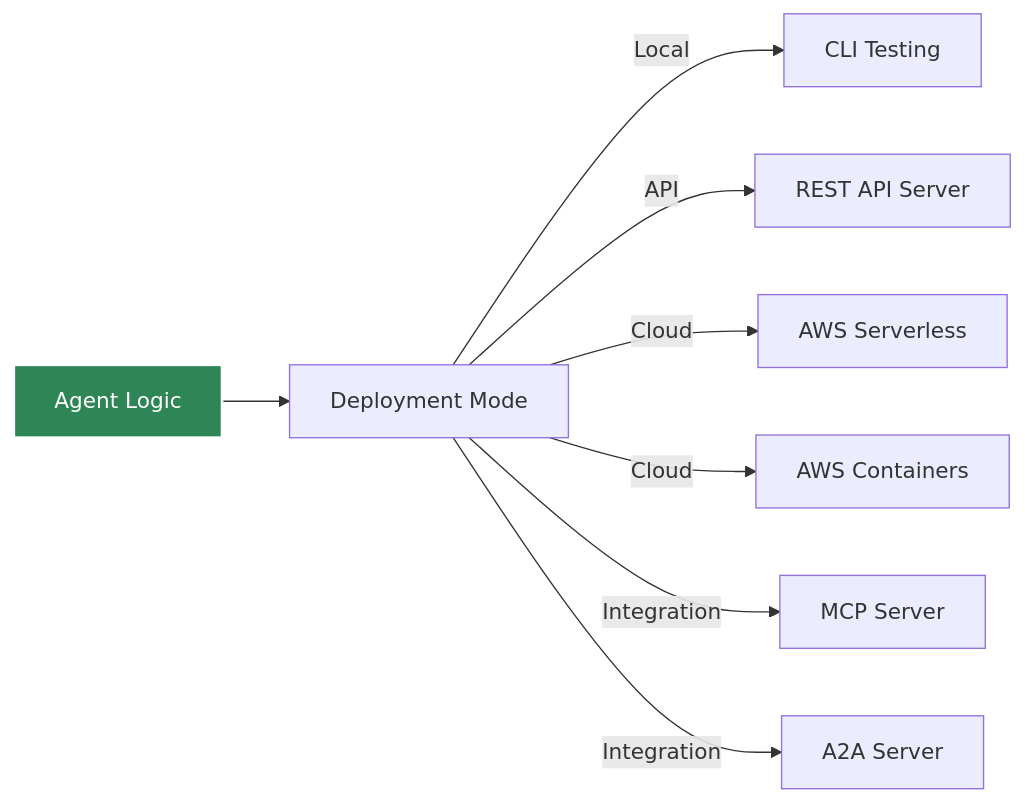
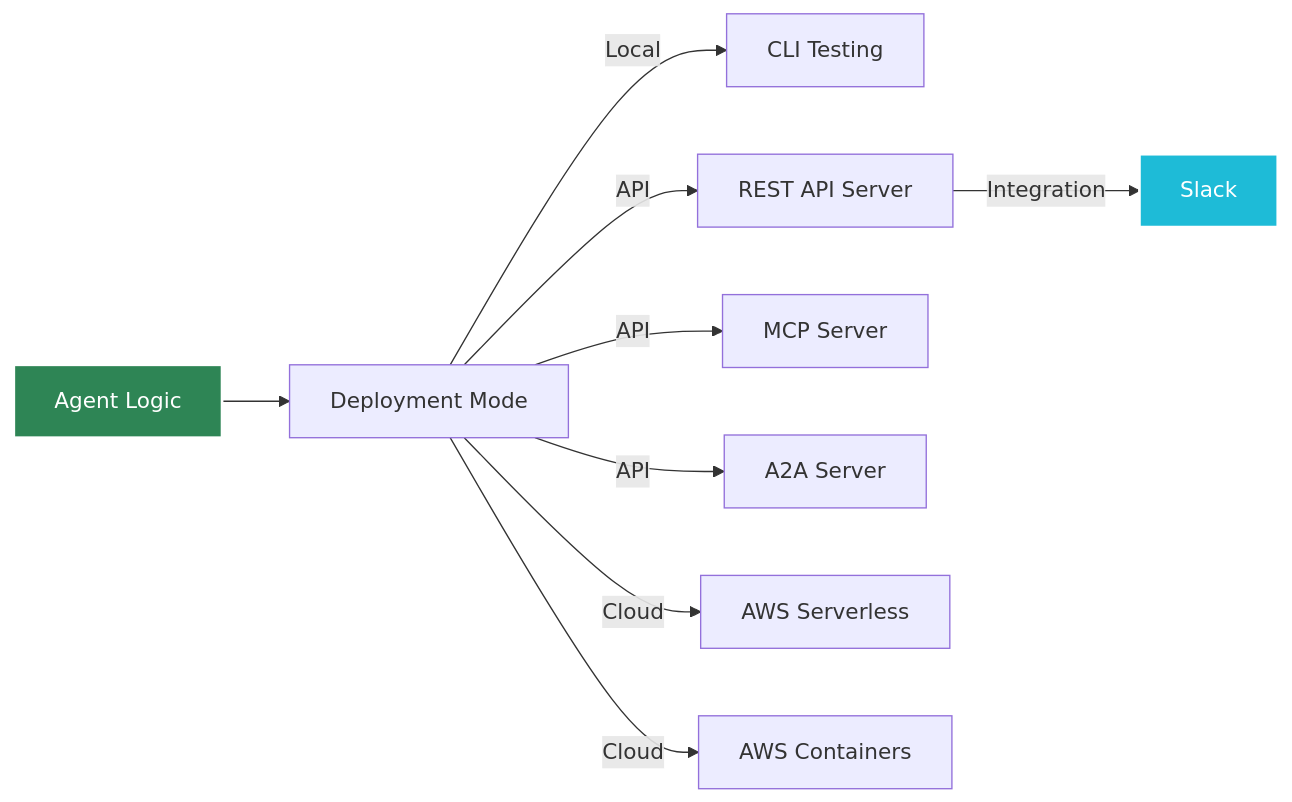
One commit to yaalalabs/agent-kernel changed the second of 2 diagrams in docs/docs/intro.md. Above: the diagram before and after it, drawn with Mermaid. The commit also changed 2 other files, not shown here.

````diff
--- a/docs/docs/intro.md
+++ b/docs/docs/intro.md
@@ -86,14 +86,16 @@
 ```mermaid
 ---
 config:
   layout: dagre
   elk: true
 ---
 flowchart LR
     A["Agent Logic"] --> B["Deployment Mode"]
     B -- Local --> C["CLI Testing"]
-    B -- API --> D["REST API Server"]
+    B -- API --> D["REST API Server"] & G["MCP Server"] & H["A2A Server"]
     B -- Cloud --> E["AWS Serverless"] & F["AWS Containers"]
-    B -- Integration --> G["MCP Server"] & H["A2A Server"]
+    D -- Integration --> I["Slack"]
+
     style A fill:#2e8555,stroke:#fff,stroke-width:2px,color:#fff
+    style I fill:#1ebbd7,stroke:#fff,stroke-width:2px,color:#fff
 ```
````
